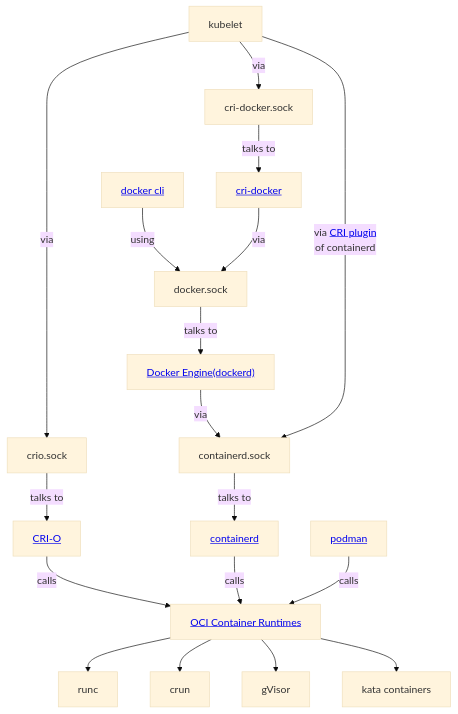
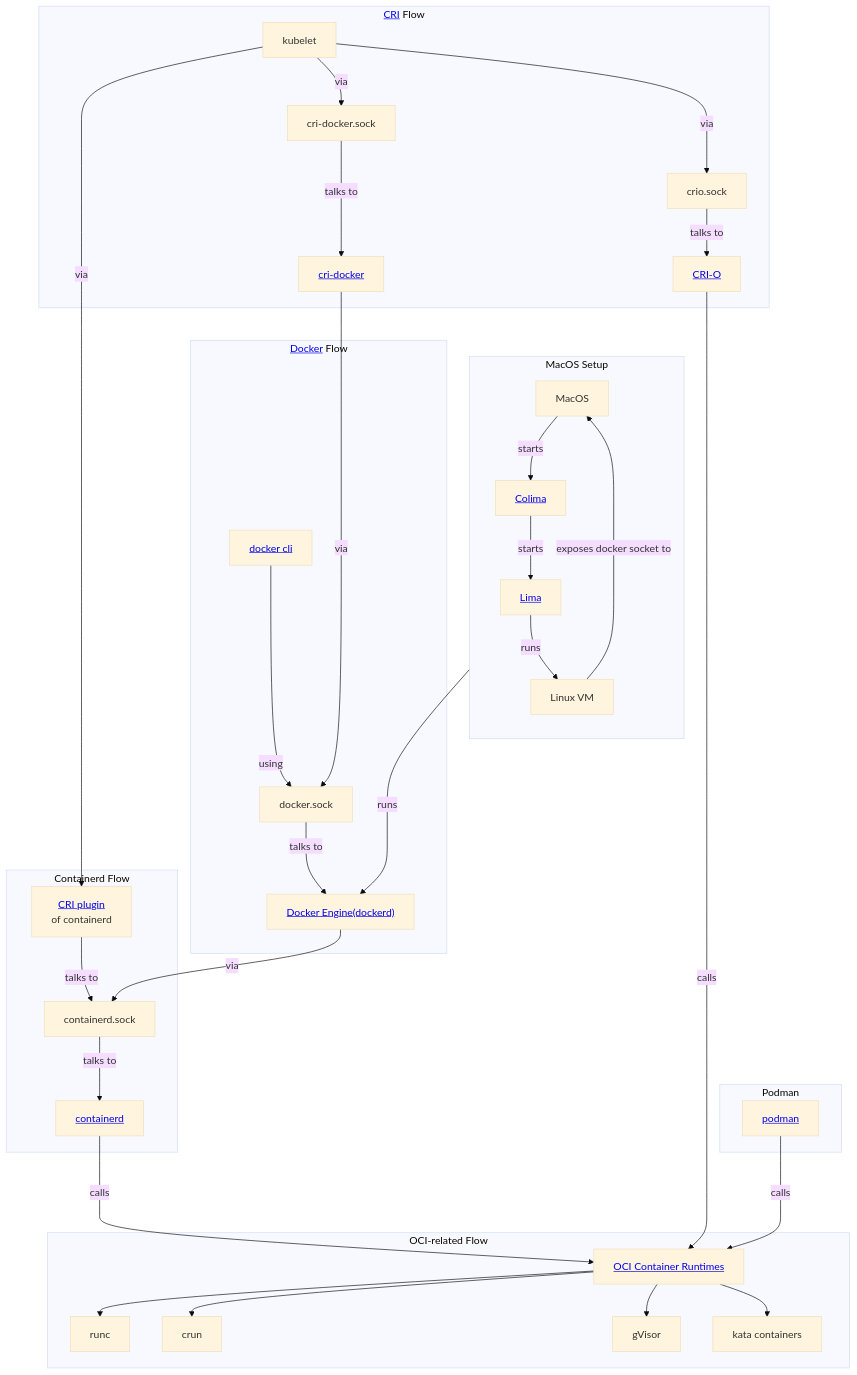
Before and after one commit to maneesh29s/digital-garden-notes: the diagram in LinuxContainers/README.md, drawn with Mermaid (base theme). The commit also changed 8 other files, not shown here.

Commit message:
Add lima and networking notes. Improve mermaid diagram.

`````diff
--- a/LinuxContainers/README.md
+++ b/LinuxContainers/README.md
@@ -13,26 +13,140 @@
 ````mermaid
 flowchart TD
 
-DCLI["<a href='https://docs.docker.com/reference/cli/docker/'>docker cli</a>"] --> |using| DSK[docker.sock] --> |talks to| DCRD["<a href='https://docs.docker.com/reference/cli/dockerd/'>Docker Engine(dockerd)</a>"]
 
-KBLT[kubelet] --> |via| CRIDSK[cri-docker.sock] --> |talks to| CRID[""<a class='internal-link' href='./docker#cri-docker'>cri-docker</a>""] --> |via| DSK
+%% OCI-related flow
 
-DCRD -->|via| CNTRDSK[containerd.sock] --> |talks to| CNTRD["<a class='internal-link' href='./containerd'>containerd</a>"]
+subgraph oci_flow ["OCI-related Flow"]
 
-KBLT --> |"via <a class='internal-link' href='./containerd#CRI'>CRI plugin</a> <br> of containerd"| CNTRDSK
+OCIRNTM["<a class='internal-link' href='./oci_container_runtimes'>OCI Container Runtimes</a>"]
+R[runc]
+C[crun]
+G[gVisor]
+K[kata containers]
 
-KBLT --> |via| CRIOSK[crio.sock] --> |talks to| CRIO["<a class='internal-link' href='./cri-o'>CRI-O</a>"] --> |calls| OCIRNTM
+OCIRNTM --> R
+OCIRNTM --> C
+OCIRNTM --> G
+OCIRNTM --> K
 
-CNTRD --> |calls| OCIRNTM["<a class='internal-link' href='./oci_container_runtimes'>OCI Container Runtimes</a>"]
+end
 
-PDMN["<a class='internal-link' href='./podman'>podman</a>"] --> |calls| OCIRNTM
+  
 
-OCIRNTM --> R[runc] 
+%% Containerd workflow
 
-OCIRNTM --> C[crun]
+subgraph containerd_flow ["Containerd Flow"]
 
-OCIRNTM --> G[gVisor]
+CNTRDSK[containerd.sock]
 
-OCIRNTM --> K[kata containers]
+CNTRD["<a class='internal-link' href='./containerd'>containerd</a>"]
 
+CNTRDCRI["<a class='internal-link' href='./containerd#cri'>CRI plugin</a> <br> of containerd"]
+
+  
+
+CNTRDCRI --> |talks to|CNTRDSK
+
+CNTRDSK --> |talks to| CNTRD
+
+CNTRD ---> |calls| OCIRNTM
+
+end
+
+  
+
+%% Main Docker Engine flow
+
+subgraph docker_flow ["<a class='internal-link' align='left' href='./docker'>Docker</a> Flow"]
+
+DCLI["<a href='https://docs.docker.com/reference/cli/docker/'>docker cli</a>"]
+
+DSK[docker.sock]
+
+DCRD["<a href='https://docs.docker.com/reference/cli/dockerd/'>Docker Engine(dockerd)</a>"]
+
+  
+
+DCLI --> |using| DSK
+
+DSK --> |talks to| DCRD
+
+DCRD --> |via| CNTRDSK
+
+end
+
+  
+  
+
+%% Subgraph for MacOS to Colima and Lima
+
+subgraph mac_setup ["MacOS Setup"]
+
+direction TB
+
+MAC[MacOS]
+
+COLIMA["<a class='internal-link' href='./colima'>Colima</a>"]
+
+LIMA["<a class='internal-link' href='./lima'>Lima</a>"]
+
+LVM[Linux VM]
+
+MAC --> |"starts"| COLIMA
+
+COLIMA --> |"starts"| LIMA
+
+LIMA --> |"runs"| LVM
+
+LVM --> |"exposes docker socket to"| MAC
+
+LVM ---> |"runs"| DCRD
+
+end
+
+  
+  
+
+%% CRI-related workflow
+
+subgraph cri_flow ["<a class='internal-link' href='./cri'>CRI</a> Flow"]
+
+KBLT[kubelet]
+
+CRIDSK[cri-docker.sock]
+
+CRID["<a class='internal-link' href='./docker#cri-docker'>cri-docker</a>"]
+
+CRIOSK[crio.sock]
+
+CRIO["<a class='internal-link' href='./cri-o'>CRI-O</a>"]
+
+
+KBLT --> |via| CNTRDCRI
+
+KBLT --> |via| CRIDSK
+
+CRIDSK ---> |talks to| CRID
+
+CRID ---> |via| DSK
+
+KBLT --> |via| CRIOSK
+
+CRIOSK --> |talks to| CRIO
+
+CRIO --> |calls| OCIRNTM
+
+end
+
+  
+
+%% podman
+
+subgraph podman ["Podman"]
+
+PDMN["<a class='internal-link' href='./podman'>podman</a>"]
+
+PDMN ---> |calls| OCIRNTM
+
+end
 ````
`````
